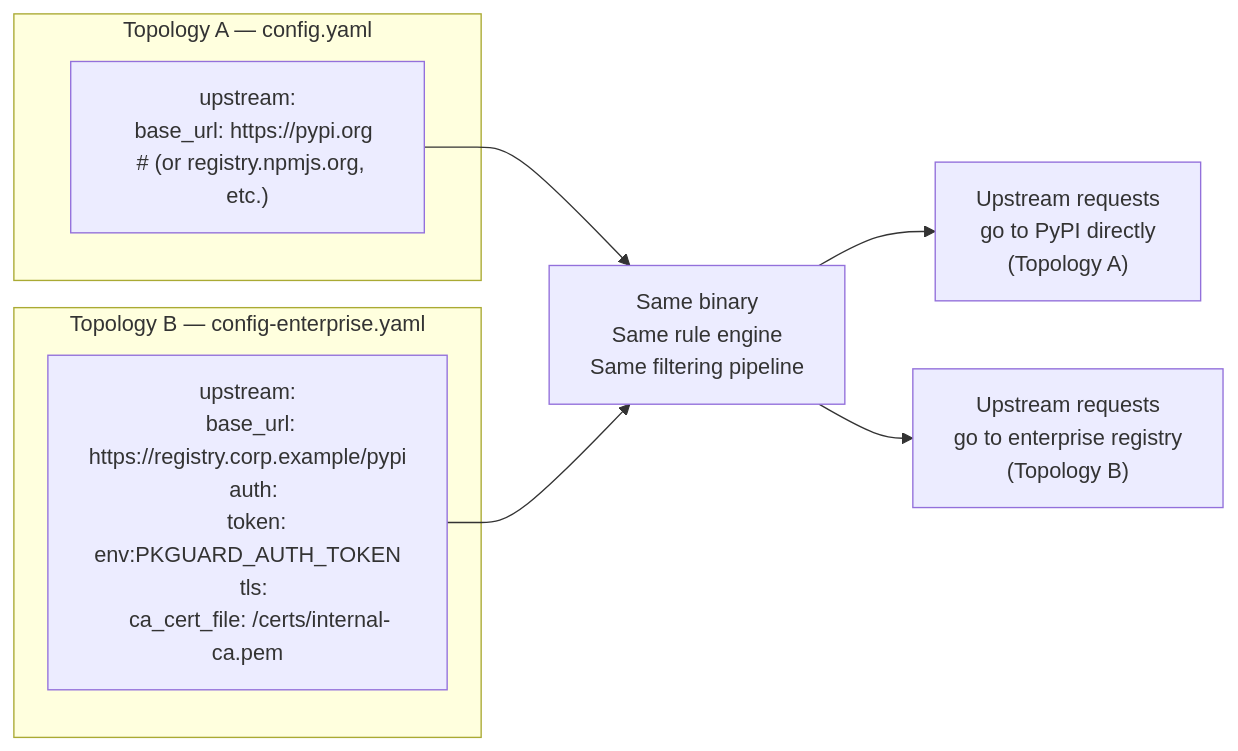
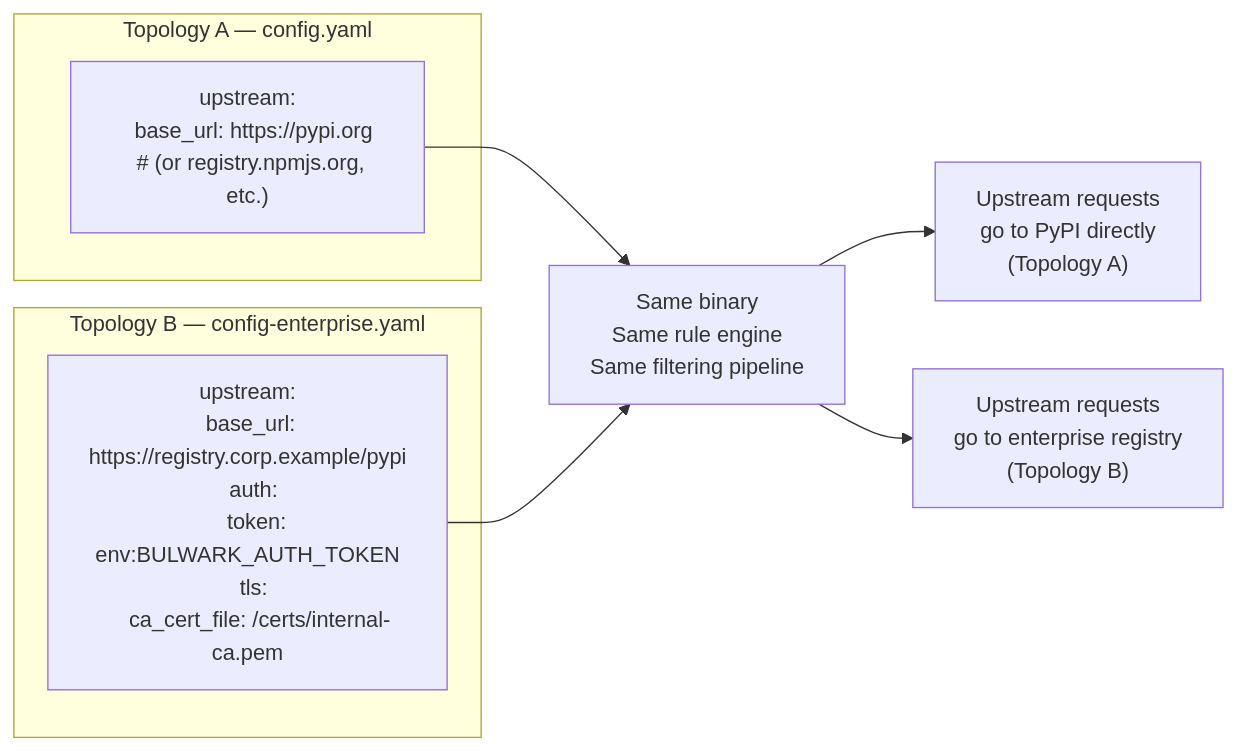
Diagram 18 of 20 in docs/ARCHITECTURE.md (Bluewaves54/Bulwark), drawn with Mermaid before and after one commit. The commit also changed other lines of this file and 165 other files, not shown here.

First line of the commit message:
Rename project from PKGuard to Bulwark

````diff
--- a/docs/ARCHITECTURE.md
+++ b/docs/ARCHITECTURE.md
@@ -767,16 +767,16 @@
 ```mermaid
 flowchart LR
     subgraph "Topology A — config.yaml"
         A1["upstream:\n  base_url: https://pypi.org\n  # (or registry.npmjs.org, etc.)"]
     end
 
     subgraph "Topology B — config-enterprise.yaml"
-        B1["upstream:\n  base_url: https://registry.corp.example/pypi\n  auth:\n    token: env:PKGUARD_AUTH_TOKEN\n  tls:\n    ca_cert_file: /certs/internal-ca.pem"]
+        B1["upstream:\n  base_url: https://registry.corp.example/pypi\n  auth:\n    token: env:BULWARK_AUTH_TOKEN\n  tls:\n    ca_cert_file: /certs/internal-ca.pem"]
     end
 
     A1 --> SAME["Same binary\nSame rule engine\nSame filtering pipeline"]
     B1 --> SAME
 
     SAME --> OUT1["Upstream requests\ngo to PyPI directly\n(Topology A)"]
     SAME --> OUT2["Upstream requests\ngo to enterprise registry\n(Topology B)"]
 ```
````
